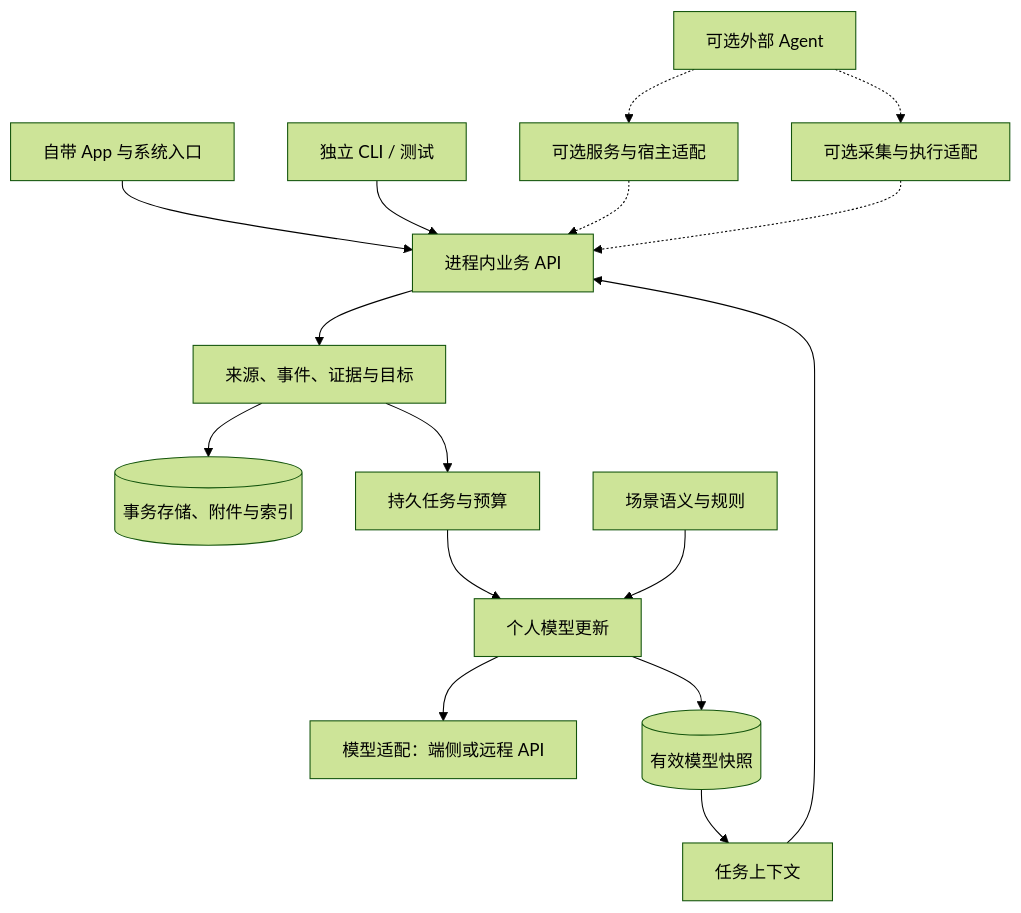
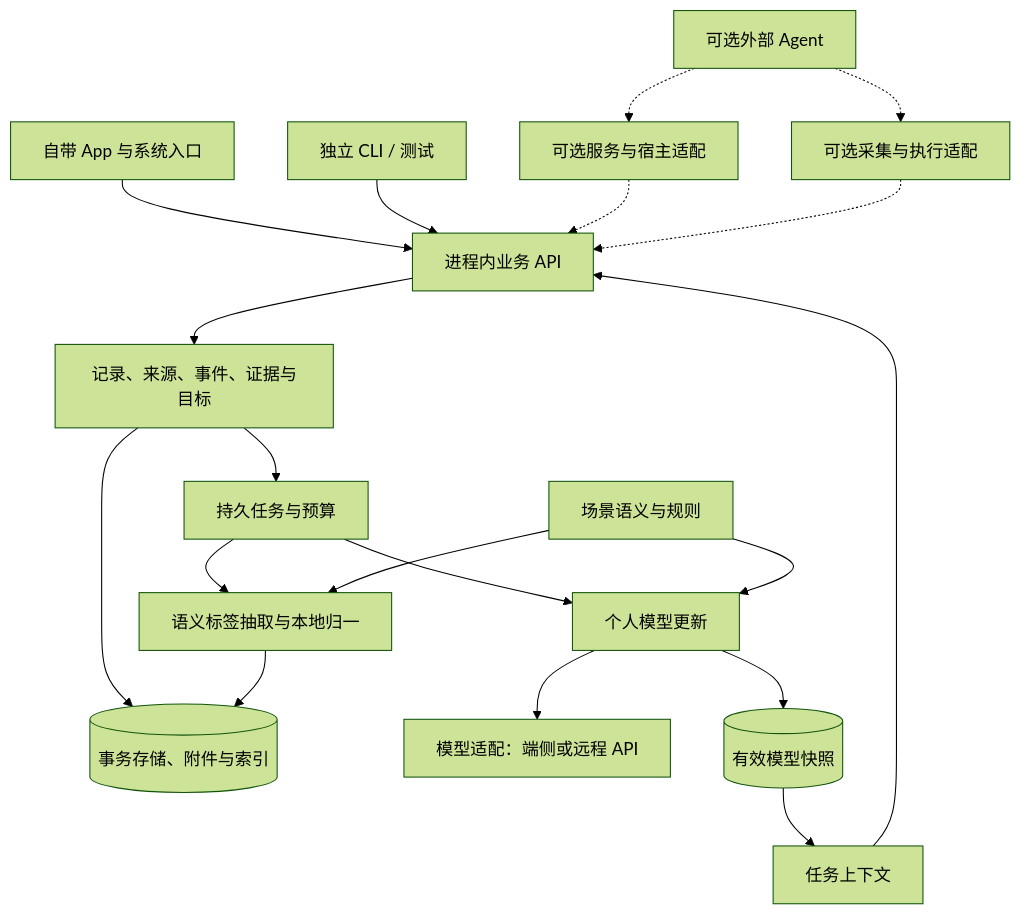
One commit to 155TuT/2601-fzu-SoftwareEngineering-YuezhongWu changed the third of 3 diagrams in homework/team/task5/ans/prd.md. Above: the diagram before and after it, drawn with Mermaid (forest theme). The commit also changed other lines of this file and 1 other file, not shown here.

````diff
--- a/homework/team/task5/ans/prd.md
+++ b/homework/team/task5/ans/prd.md
@@ -332,18 +394,21 @@
 ```mermaid
 flowchart TB
     UI["自带 App 与系统入口"] --> API["进程内业务 API"]
     CLI["独立 CLI / 测试"] --> API
     HOST["可选外部 Agent"] -.-> AD["可选服务与宿主适配"]
     AD -.-> API
-    API --> CORE["来源、事件、证据与目标"]
+    API --> CORE["记录、来源、事件、证据与目标"]
     CORE --> STORE[("事务存储、附件与索引")]
     CORE --> QUEUE["持久任务与预算"]
+    QUEUE --> TAG["语义标签抽取与本地归一"]
+    TAG --> STORE
     QUEUE --> LEARN["个人模型更新"]
     SCENE["场景语义与规则"] --> LEARN
+    SCENE --> TAG
     LEARN --> INFER["模型适配：端侧或远程 API"]
     LEARN --> SNAP[("有效模型快照")]
     SNAP --> CTX["任务上下文"]
     CTX --> API
     CAP["可选采集与执行适配"] -.-> API
     HOST -.-> CAP
 ```
````
